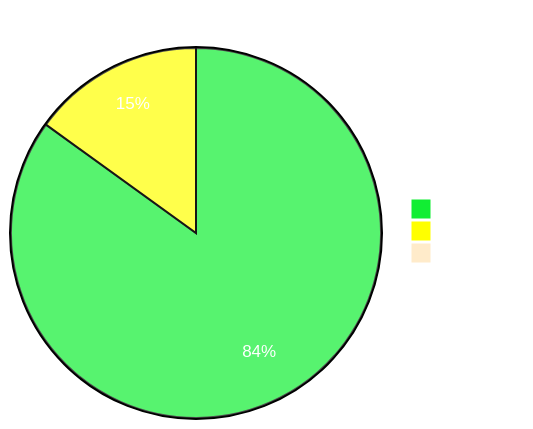
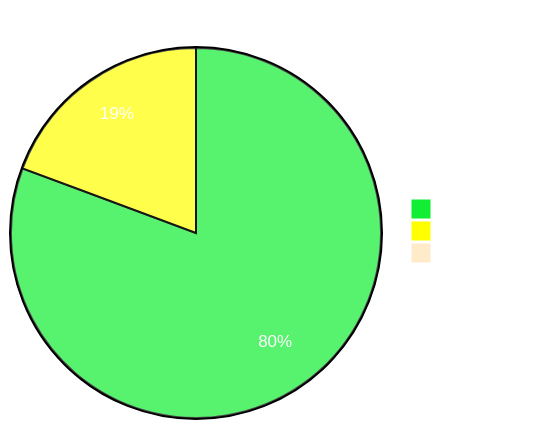
Before and after one commit to sumanthtatipamula/Programming: the diagram in Readme.md, drawn with Mermaid. The commit also changed 8 other files, not shown here.

````diff
--- a/Readme.md
+++ b/Readme.md
@@ -23,20 +23,20 @@
 ```mermaid
 %%{
   init:
   {
     'theme': 'base',
     'themeVariables':
       {
         'primaryTextColor': '#fff',
         'pie1': '#1E3',
         'pie2': '#FFFF00',
         'pie3': '#ffebca'
       }
   }
 }%%
 pie showData
     title Problems Solved Per Tag
     "Tree" : 96
-    "Graphs": 17
+    "Graphs": 23
     "Arrays": 1
 ```
````
